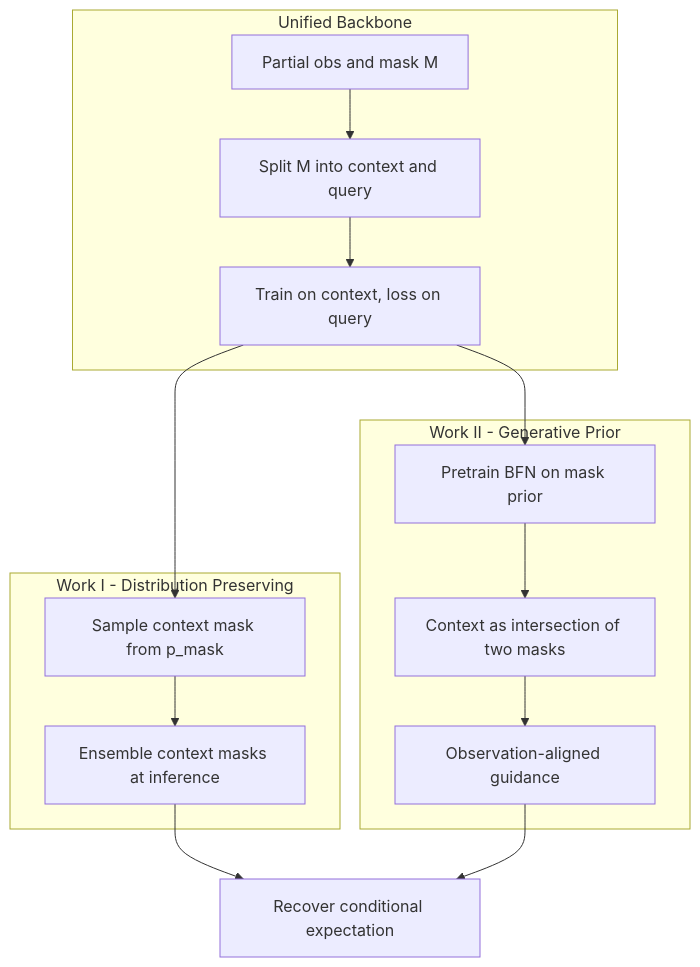
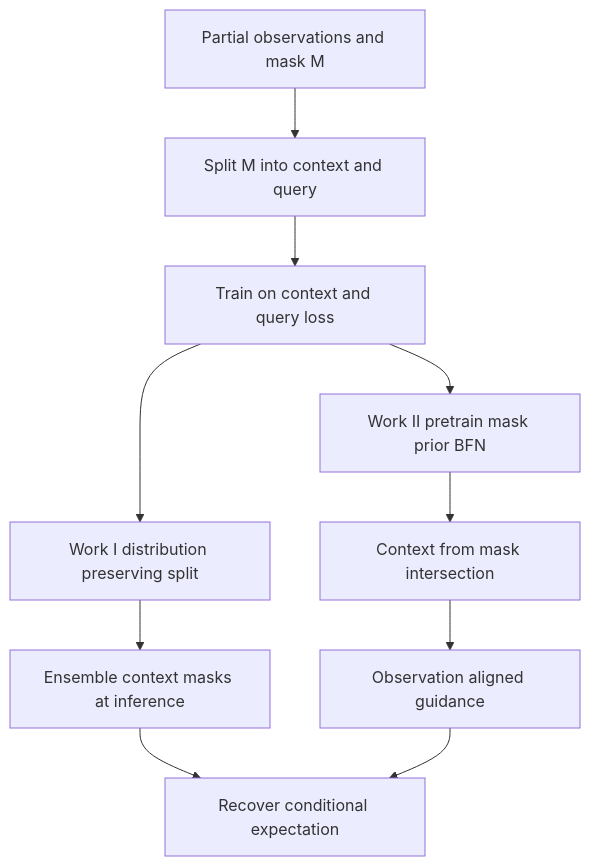
One commit to zzhnomorebugs/zzhnomorebugs.github.io changed the diagram in _research/context-query-dynamics.md. Above: the diagram before and after it, drawn with Mermaid. The commit also changed 1 other file, not shown here.

```diff
--- a/_research/context-query-dynamics.md
+++ b/_research/context-query-dynamics.md
@@ -39,31 +39,22 @@
 <div class="mermaid">
 flowchart TB
-  subgraph backbone["Unified Backbone"]
-    obs["Partial obs and mask M"]
-    split["Split M into context and query"]
-    train["Train on context, loss on query"]
-    obs --> split
-    split --> train
-  end
-
-  subgraph work1["Work I - Distribution Preserving"]
-    part1["Sample context mask from p_mask"]
-    ens["Ensemble context masks at inference"]
-    part1 --> ens
-  end
-
-  subgraph work2["Work II - Generative Prior"]
-    bfn["Pretrain BFN on mask prior"]
-    inter["Context as intersection of two masks"]
-    guide["Observation-aligned guidance"]
-    bfn --> inter
-    inter --> guide
-  end
-
+  obs["Partial observations and mask M"]
+  split["Split M into context and query"]
+  train["Train on context and query loss"]
+  part1["Work I distribution preserving split"]
+  ens["Ensemble context masks at inference"]
+  bfn["Work II pretrain mask prior BFN"]
+  inter["Context from mask intersection"]
+  guide["Observation aligned guidance"]
   out["Recover conditional expectation"]
 
+  obs --> split
+  split --> train
   train --> part1
+  part1 --> ens
   train --> bfn
+  bfn --> inter
+  inter --> guide
   ens --> out
   guide --> out
 </div>
```
